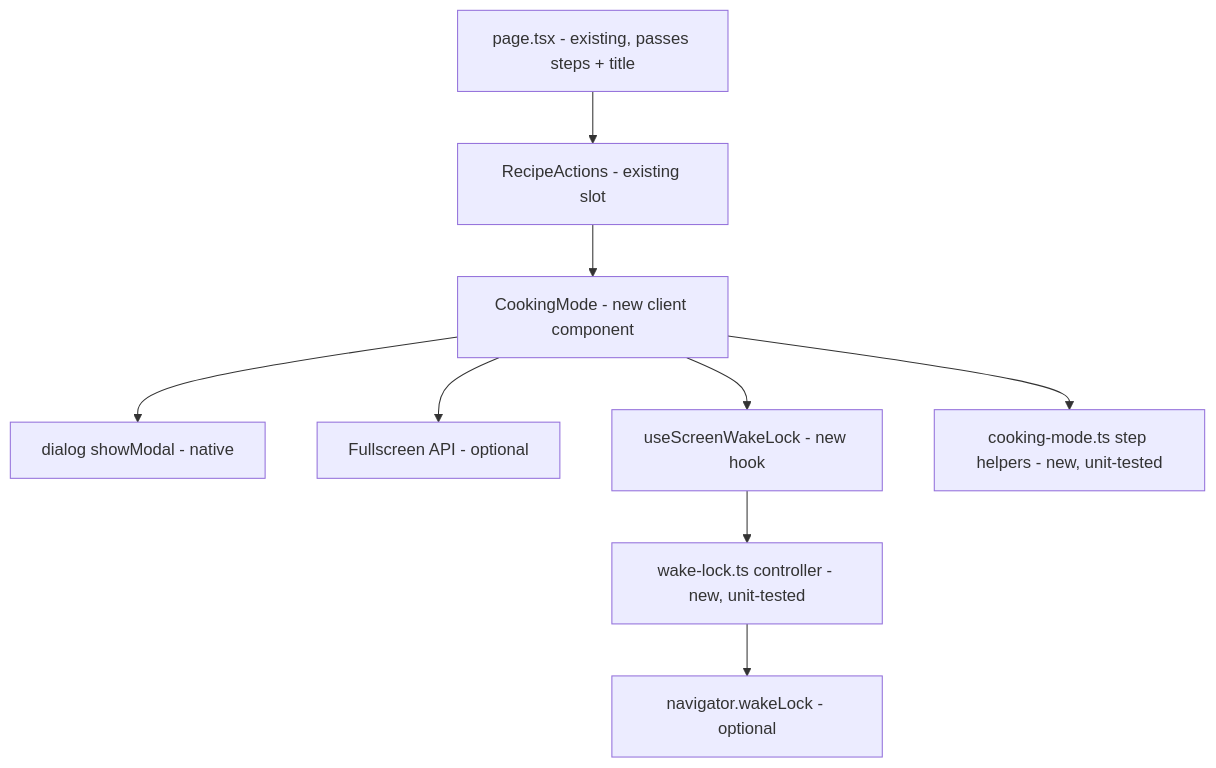
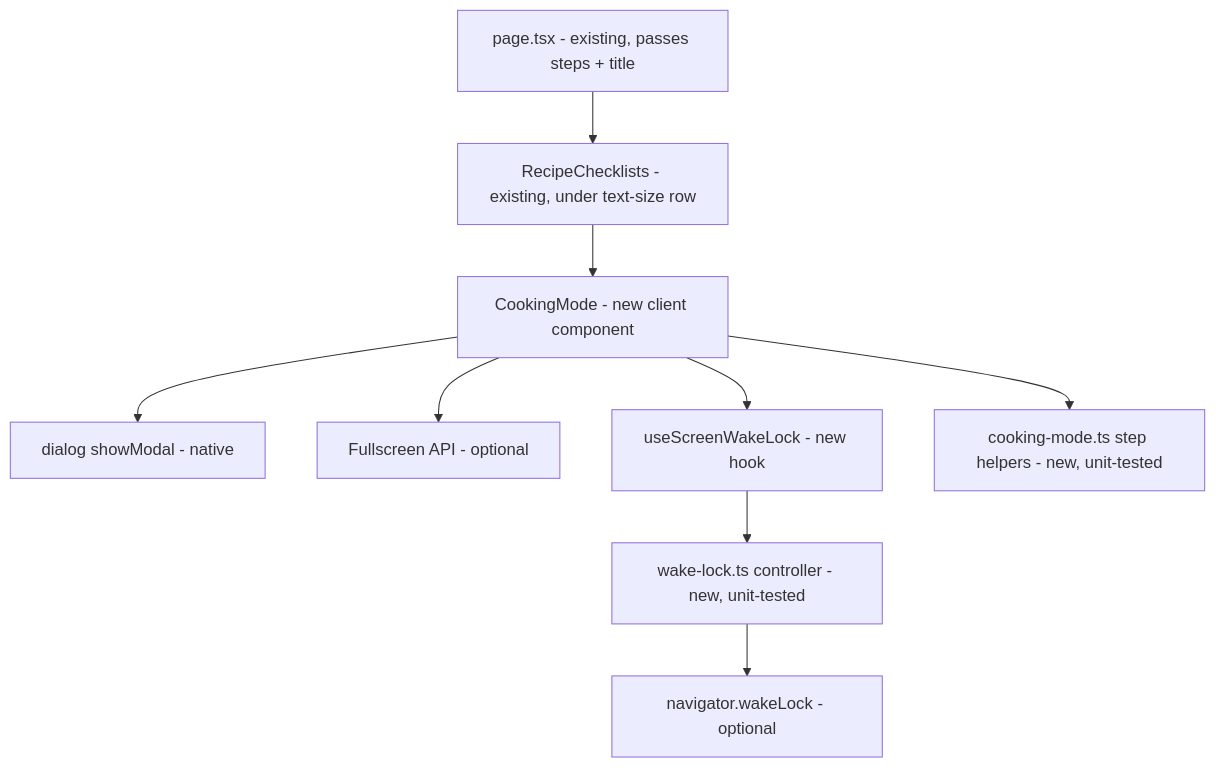
Before and after one commit to spokospace/zapiszprzepis: the diagram in .ai/specs/2026-10-17-e01-s08-cooking-mode.md, drawn with Mermaid. The commit also changed other lines of this file, not shown here.

````diff
--- a/.ai/specs/2026-10-17-e01-s08-cooking-mode.md
+++ b/.ai/specs/2026-10-17-e01-s08-cooking-mode.md
@@ -50,11 +50,11 @@
 ```mermaid
 flowchart TD
-  P[page.tsx - existing, passes steps + title] --> RA[RecipeActions - existing slot]
-  RA --> CM[CookingMode - new client component]
+  P[page.tsx - existing, passes steps + title] --> RC[RecipeChecklists - existing, under text-size row]
+  RC --> CM[CookingMode - new client component]
   CM --> D[dialog showModal - native]
   CM --> FS[Fullscreen API - optional]
   CM --> H[useScreenWakeLock - new hook]
   H --> WL[wake-lock.ts controller - new, unit-tested]
   WL --> NAV[navigator.wakeLock - optional]
   CM --> NV[cooking-mode.ts step helpers - new, unit-tested]
 ```
````
